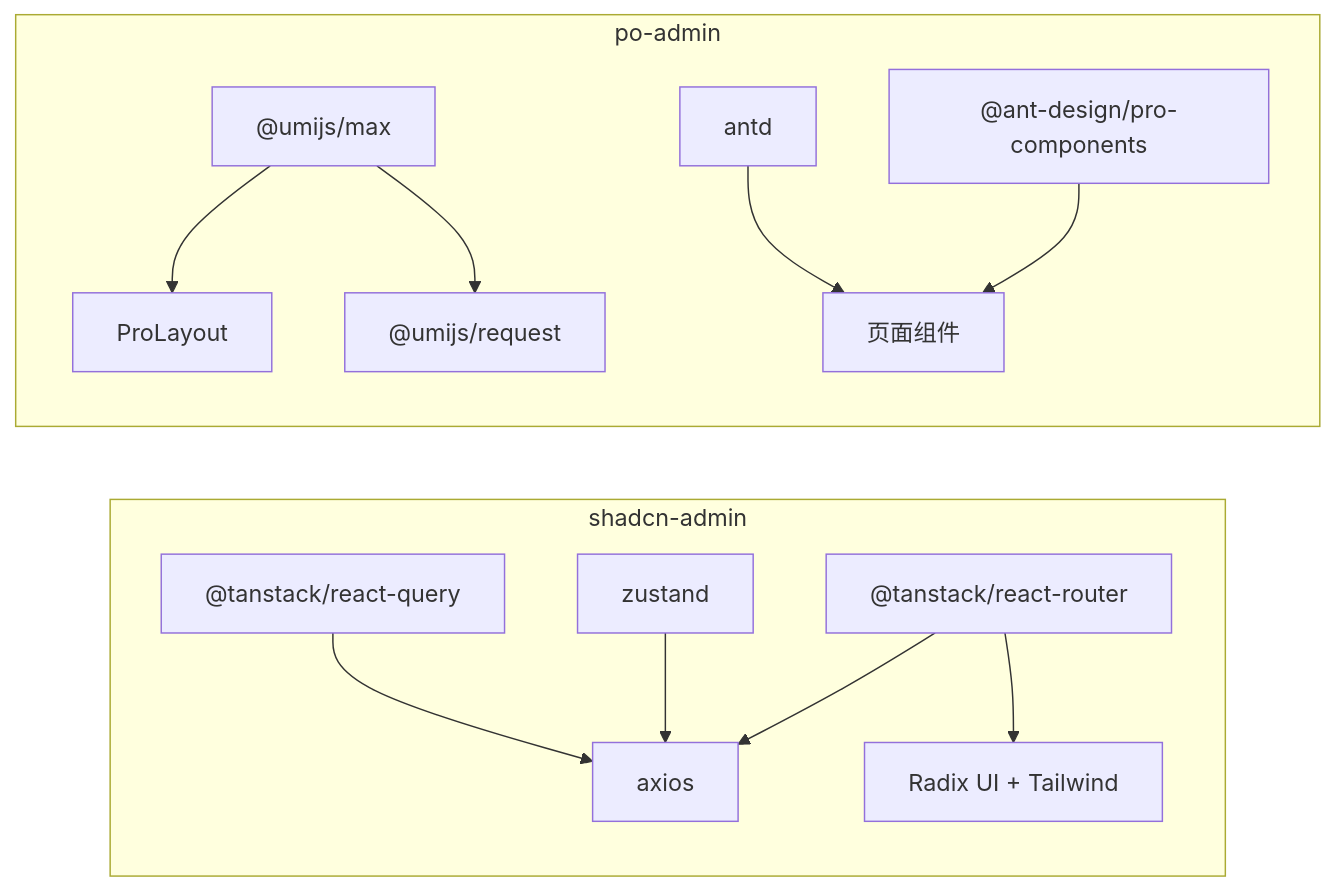
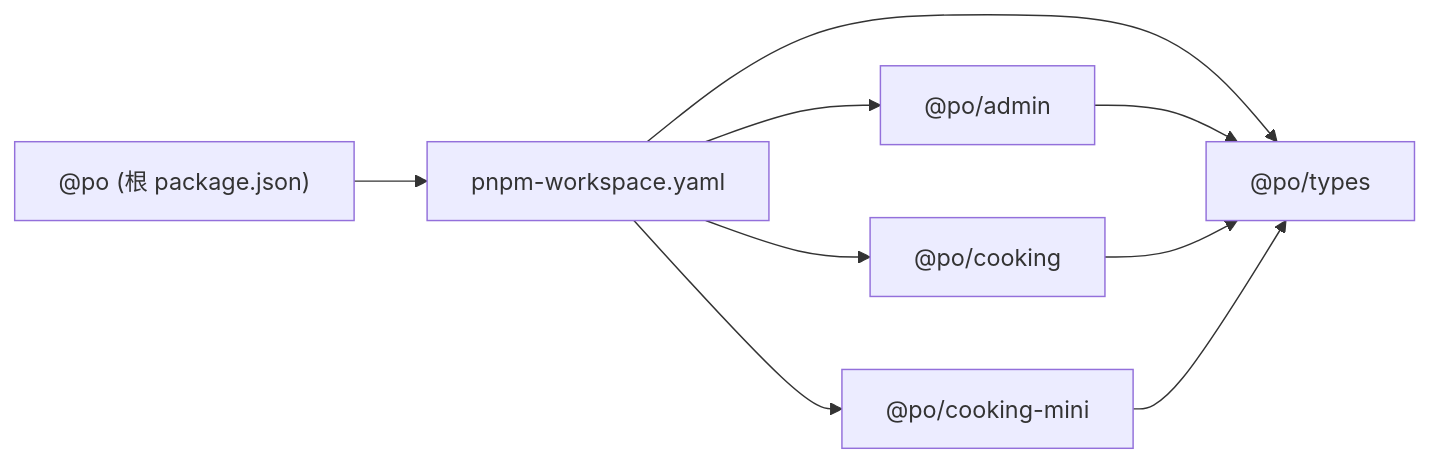
Before and after one commit to good-zheng/po: the sixth of 6 diagrams in .qoder/repowiki/zh/content/前端应用/前端应用.md, drawn with Mermaid. The commit also changed other lines of this file and 217 other files, not shown here.

````diff
--- a/.qoder/repowiki/zh/content/前端应用/前端应用.md
+++ b/.qoder/repowiki/zh/content/前端应用/前端应用.md
@@ -361,15 +305,17 @@
 ```mermaid
 graph LR
-subgraph "shadcn-admin"
-RQ["@tanstack/react-query"] --> AX["axios"]
-ZS["zustand"] --> AX
-TR["@tanstack/react-router"] --> AX
-TR --> UI["Radix UI + Tailwind"]
-end
-subgraph "po-admin"
-UM["@umijs/max"] --> PL["ProLayout"]
-UM --> REQ["@umijs/request"]
-AD["antd"] --> PG["页面组件"]
-PC["@ant-design/pro-components"] --> PG
-end
+ROOT["@po (根 package.json)"]
+WORKSPACE["pnpm-workspace.yaml"]
+TYPES["@po/types"]
+ADMIN["@po/admin"]
+COOKING["@po/cooking"]
+MINI["@po/cooking-mini"]
+ROOT --> WORKSPACE
+WORKSPACE --> TYPES
+WORKSPACE --> ADMIN
+WORKSPACE --> COOKING
+WORKSPACE --> MINI
+ADMIN --> TYPES
+COOKING --> TYPES
+MINI --> TYPES
 ```
````
